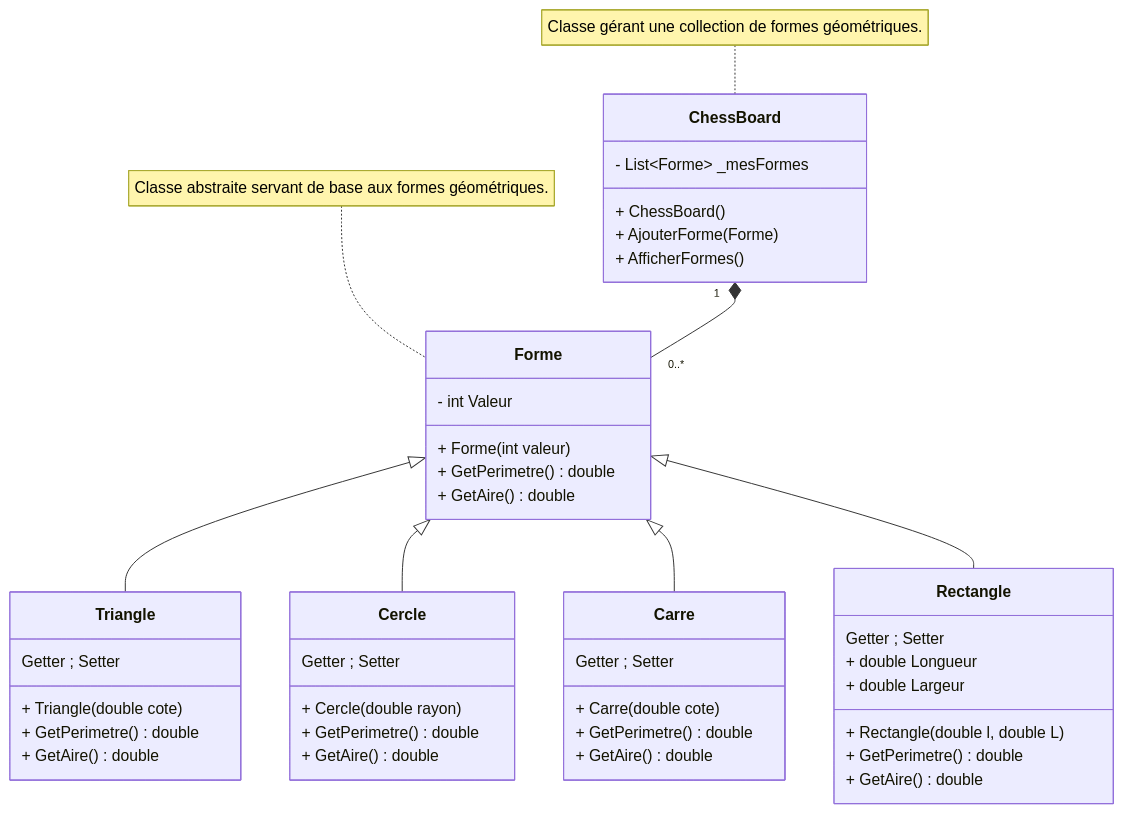
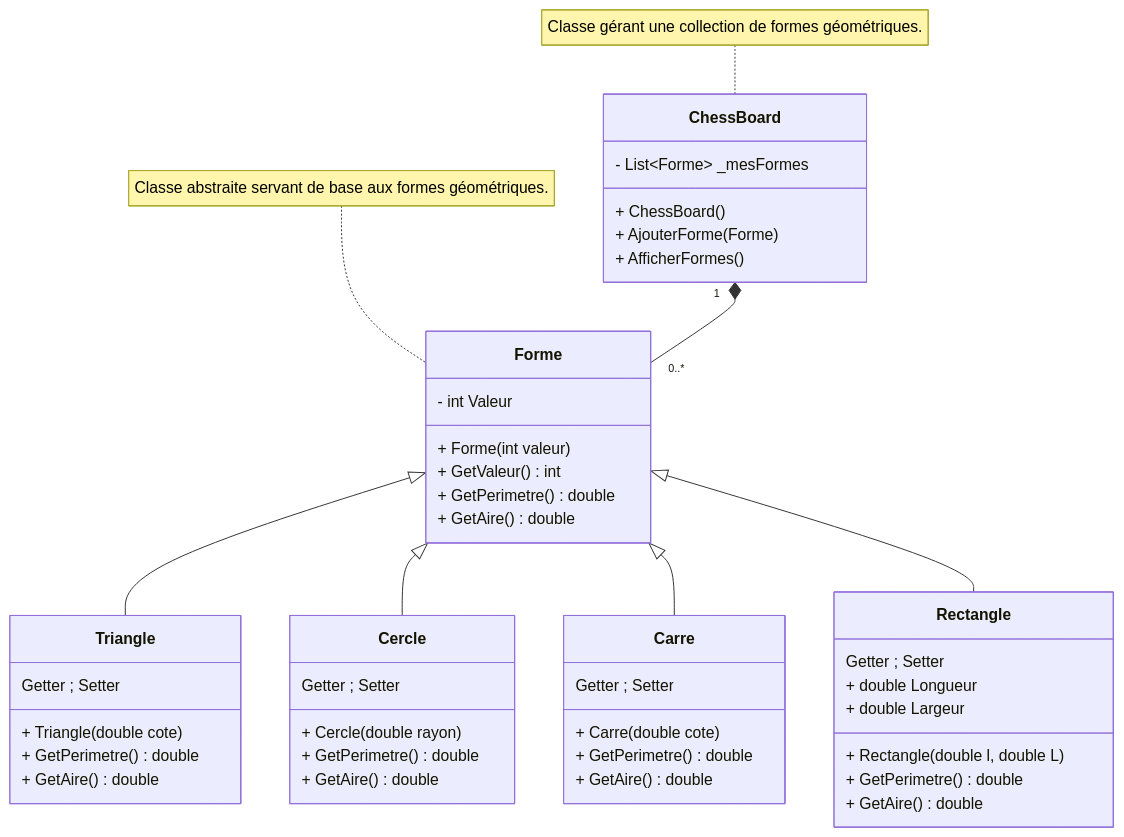
The diagram in uml/diagrame_class.mmd (Wesleysnipzz/fil-rouge), drawn with Mermaid before and after one commit. The commit also changed 13 other files, not shown here.

```diff
--- a/uml/diagrame_class.mmd
+++ b/uml/diagrame_class.mmd
@@ -1,57 +1,58 @@
 classDiagram
     class Forme {
         - int Valeur
         + Forme(int valeur)
+        + GetValeur() int
         + GetPerimetre() double
         + GetAire() double
     }
 
     class Triangle {
         Getter ; Setter
         + Triangle(double cote)
         + GetPerimetre() double
         + GetAire() double
     }
 
     class Cercle {
         Getter ; Setter
         + Cercle(double rayon)
         + GetPerimetre() double
         + GetAire() double
     }
 
     class Carre {
         Getter ; Setter
         + Carre(double cote)
         + GetPerimetre() double
         + GetAire() double
     }
 
     class Rectangle {
-        Getter ; Setter
+        Getter  ; Setter
         + double Longueur
         + double Largeur
         + Rectangle(double l, double L)
         + GetPerimetre() double
         + GetAire() double
     }
 
     class ChessBoard {
         - List~Forme~ _mesFormes
         + ChessBoard()
         + AjouterForme(Forme)
         + AfficherFormes()
     }
 
 %% Héritage des formes
     Forme <|-- Triangle
     Forme <|-- Cercle
     Forme <|-- Carre
     Forme <|-- Rectangle
 
 %% Relation de composition entre ChessBoard et Forme
     ChessBoard "1" *-- "0..*" Forme
 
 %% Notes explicatives
     note for ChessBoard "Classe gérant une collection de formes géométriques."
     note for Forme "Classe abstraite servant de base aux formes géométriques."
```
